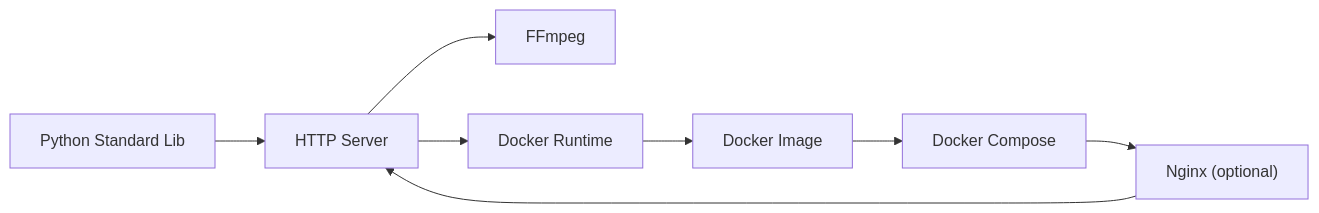
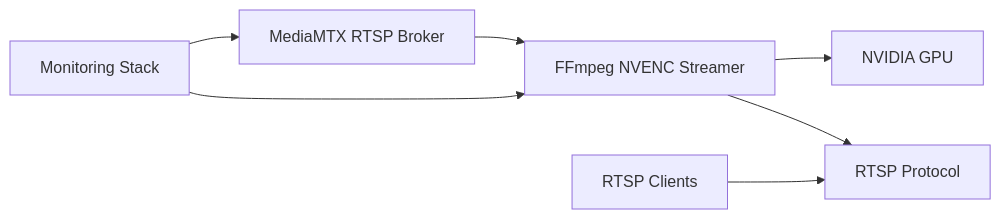
Before and after one commit to Fogus-Gr/MeasurementsDTs: the third of 3 diagrams in .qoder/repowiki/en/content/Deployment Infrastructure/HTTP Streaming Server.md, drawn with Mermaid. The commit also changed other lines of this file and 12 other files, not shown here.

````diff
--- a/.qoder/repowiki/en/content/Deployment Infrastructure/HTTP Streaming Server.md
+++ b/.qoder/repowiki/en/content/Deployment Infrastructure/HTTP Streaming Server.md
@@ -211,10 +175,9 @@
 ```mermaid
 graph LR
-Py["Python Standard Lib"] --> HS["HTTP Server"]
-HS --> FF["FFmpeg"]
-HS --> DC["Docker Runtime"]
-DC --> Img["Docker Image"]
-Img --> Cmp["Docker Compose"]
-Cmp --> NG["Nginx (optional)"]
-NG --> HS
+MediaMTX["MediaMTX RTSP Broker"] --> FFNVENC["FFmpeg NVENC Streamer"]
+FFNVENC --> GPU["NVIDIA GPU"]
+FFNVENC --> RTSP["RTSP Protocol"]
+Client["RTSP Clients"] --> RTSP
+Monitor["Monitoring Stack"] --> MediaMTX
+Monitor --> FFNVENC
 ```
````
